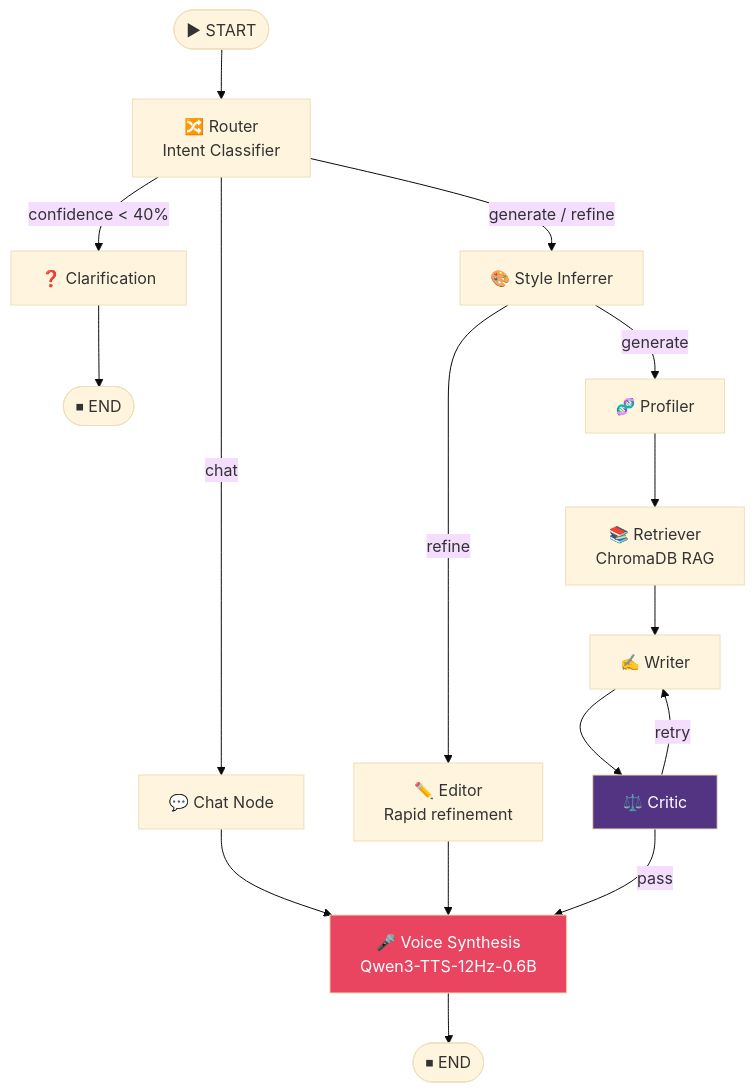
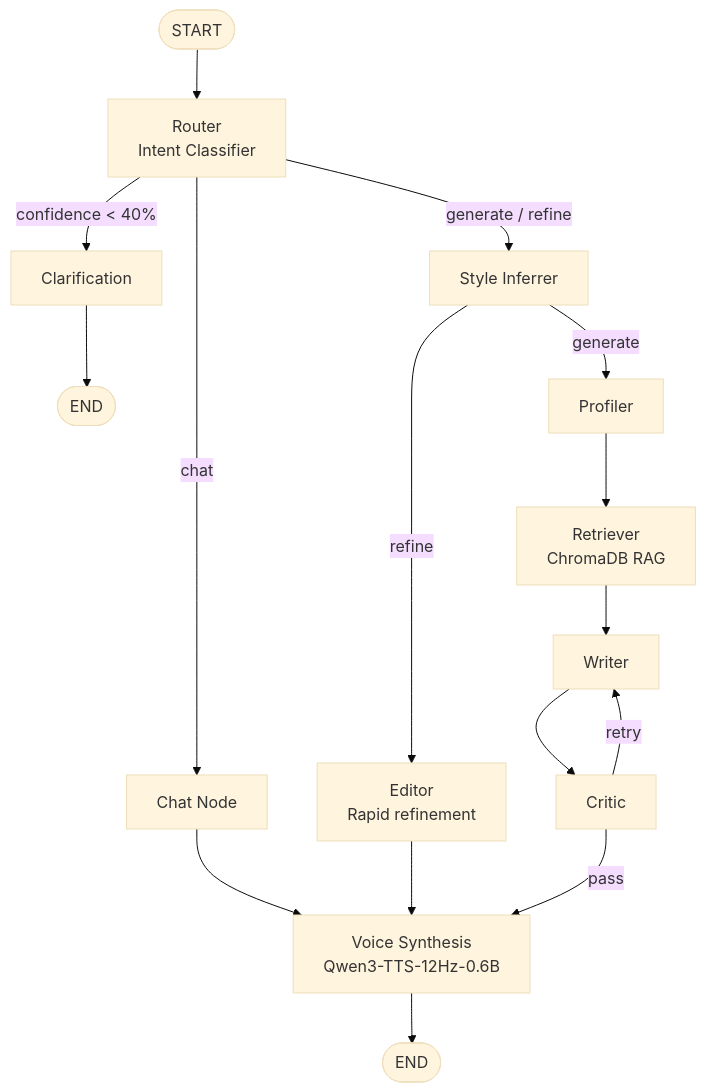
One commit to derpx06/Outreach_bot changed the fourth of 4 diagrams in README.md. Above: the diagram before and after it, drawn with Mermaid (base theme). The commit also changed other lines of this file, not shown here.

````diff
--- a/README.md
+++ b/README.md
@@ -333,26 +274,23 @@
 ```mermaid
 flowchart TD
-    START([▶ START]) --> R[🔀 Router\nIntent Classifier]
+    START([START]) --> R[Router\nIntent Classifier]
 
-    R -->|confidence < 40%| CL[❓ Clarification]
-    CL --> END1([⏹ END])
+    R -->|confidence < 40%| CL[Clarification]
+    CL --> END1([END])
 
-    R -->|chat| C[💬 Chat Node]
-    C --> V[🎤 Voice Synthesis\nQwen3-TTS-12Hz-0.6B]
-    V --> END2([⏹ END])
+    R -->|chat| C[Chat Node]
+    C --> V[Voice Synthesis\nQwen3-TTS-12Hz-0.6B]
+    V --> END2([END])
 
-    R -->|generate / refine| SI[🎨 Style Inferrer]
+    R -->|generate / refine| SI[Style Inferrer]
 
-    SI -->|refine| E[✏️ Editor\nRapid refinement]
+    SI -->|refine| E[Editor\nRapid refinement]
     E --> V
 
-    SI -->|generate| P[🧬 Profiler]
-    P --> RET[📚 Retriever\nChromaDB RAG]
-    RET --> W[✍️ Writer]
-    W --> CR[⚖️ Critic]
+    SI -->|generate| P[Profiler]
+    P --> RET[Retriever\nChromaDB RAG]
+    RET --> W[Writer]
+    W --> CR[Critic]
     CR -->|retry| W
     CR -->|pass| V
-
-    style V fill:#e94560,color:#fff
-    style CR fill:#533483,color:#fff
 ```
````
